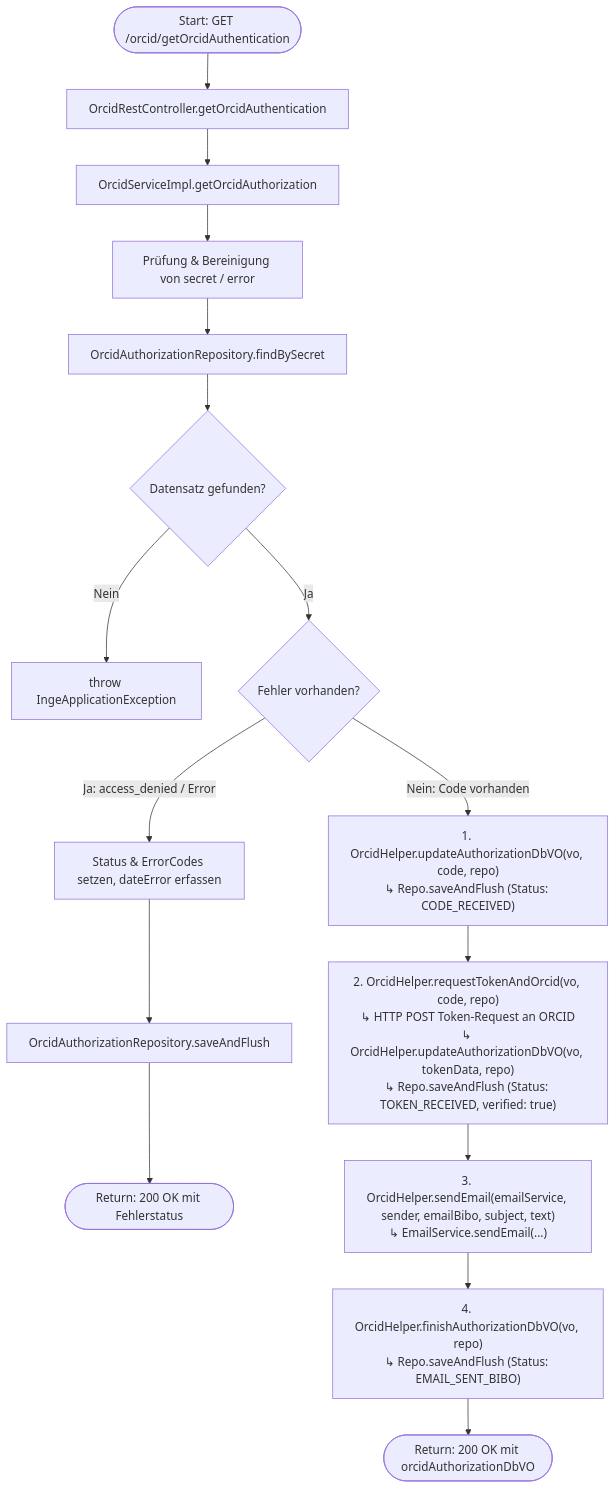
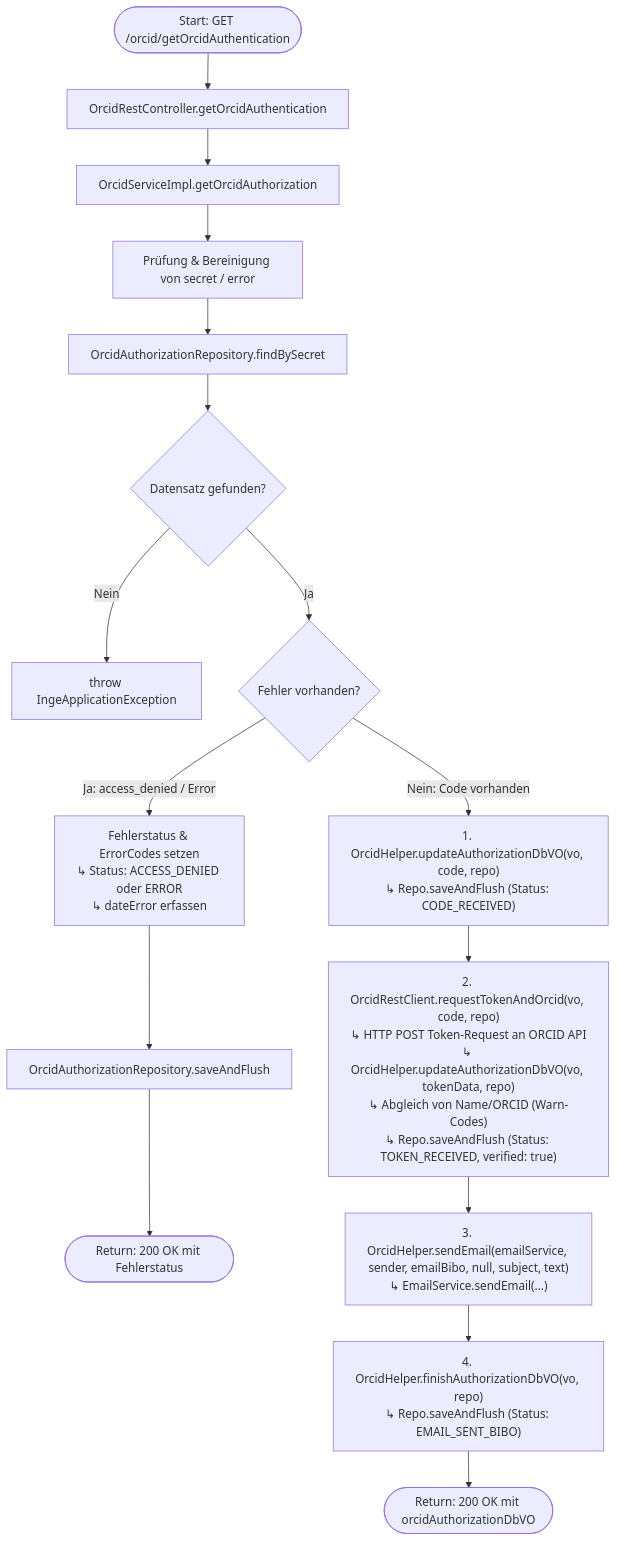
Before and after one commit to MPDL/INGe: the second of 2 diagrams in pubman_rest/src/main/resources/orcid_get_authentication.md, drawn with Mermaid. The commit also changed other lines of this file and 2 other files, not shown here.

````diff
--- a/pubman_rest/src/main/resources/orcid_get_authentication.md
+++ b/pubman_rest/src/main/resources/orcid_get_authentication.md
@@ -79,21 +96,21 @@
 ```mermaid
 flowchart TD
     A([Start: GET /orcid/getOrcidAuthentication]) --> B[OrcidRestController.getOrcidAuthentication]
     B --> C[OrcidServiceImpl.getOrcidAuthorization]
     C --> D[Prüfung & Bereinigung von secret / error]
     D --> E[OrcidAuthorizationRepository.findBySecret]
     
     E --> F{Datensatz gefunden?}
     F -- Nein --> G[throw IngeApplicationException]
     F -- Ja --> H{Fehler vorhanden?}
     
-    H -- Ja: access_denied / Error --> I[Status & ErrorCodes setzen, dateError erfassen]
+    H -- Ja: access_denied / Error --> I["Fehlerstatus & ErrorCodes setzen<br/>↳ Status: ACCESS_DENIED oder ERROR<br/>↳ dateError erfassen"]
     I --> J[OrcidAuthorizationRepository.saveAndFlush]
     J --> RetErr([Return: 200 OK mit Fehlerstatus])
     
     H -- Nein: Code vorhanden --> K["1. OrcidHelper.updateAuthorizationDbVO(vo, code, repo)<br/>↳ Repo.saveAndFlush (Status: CODE_RECEIVED)"]
-    K --> L["2. OrcidHelper.requestTokenAndOrcid(vo, code, repo)<br/>↳ HTTP POST Token-Request an ORCID<br/>↳ OrcidHelper.updateAuthorizationDbVO(vo, tokenData, repo)<br/>↳ Repo.saveAndFlush (Status: TOKEN_RECEIVED, verified: true)"]
-    L --> M["3. OrcidHelper.sendEmail(emailService, sender, emailBibo, subject, text)<br/>↳ EmailService.sendEmail(...)"]
+    K --> L["2. OrcidRestClient.requestTokenAndOrcid(vo, code, repo)<br/>↳ HTTP POST Token-Request an ORCID API<br/>↳ OrcidHelper.updateAuthorizationDbVO(vo, tokenData, repo)<br/>↳ Abgleich von Name/ORCID (Warn-Codes)<br/>↳ Repo.saveAndFlush (Status: TOKEN_RECEIVED, verified: true)"]
+    L --> M["3. OrcidHelper.sendEmail(emailService, sender, emailBibo, null, subject, text)<br/>↳ EmailService.sendEmail(...)"]
     M --> N["4. OrcidHelper.finishAuthorizationDbVO(vo, repo)<br/>↳ Repo.saveAndFlush (Status: EMAIL_SENT_BIBO)"]
     N --> RetSuccess([Return: 200 OK mit orcidAuthorizationDbVO])
 ```
````
